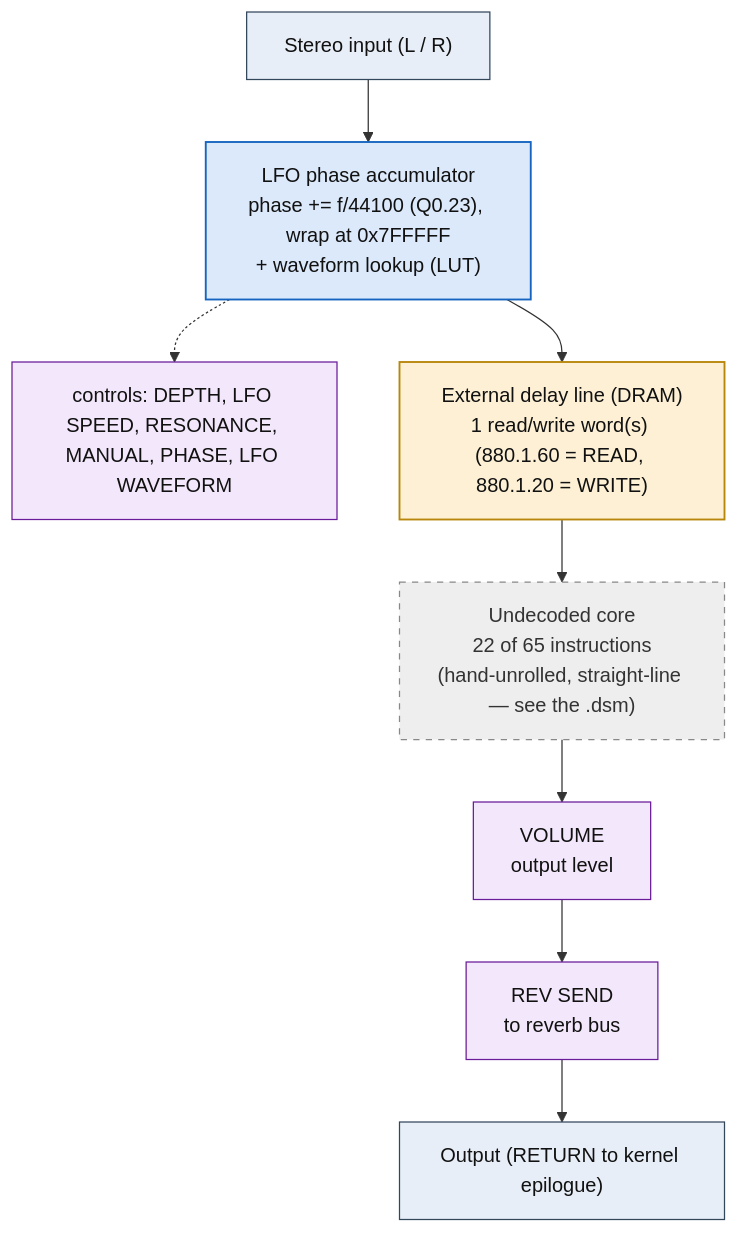
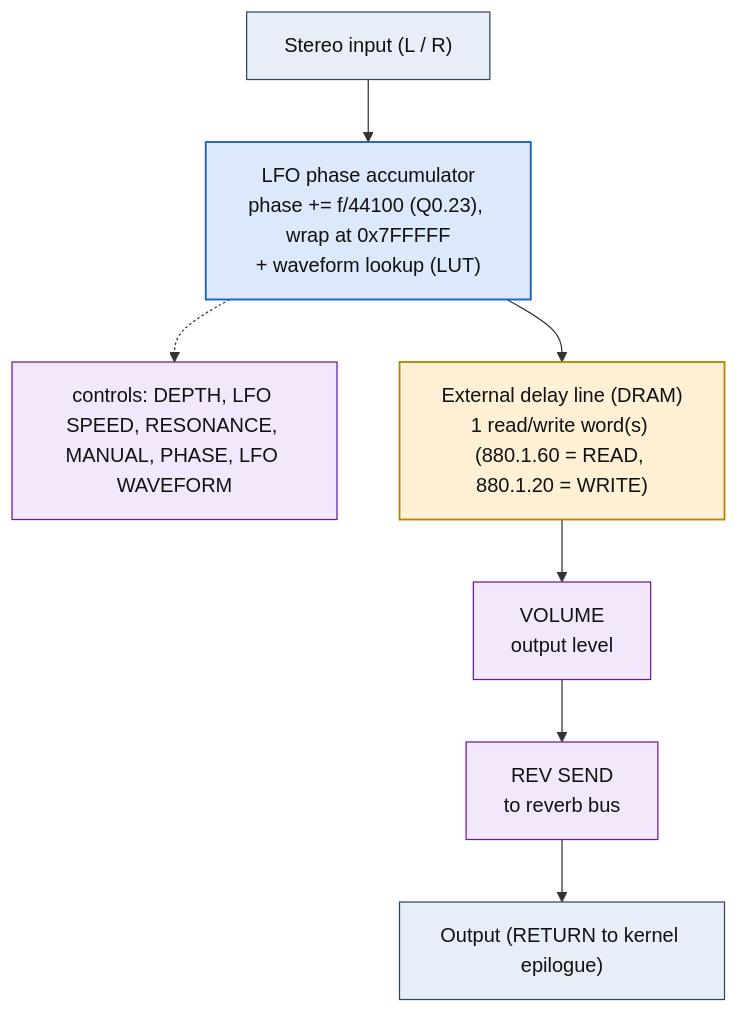
The diagram in dsp/flowcharts/prog04_flanger.md (ArqueologiaDigital/kn5000-roms-disasm), drawn with Mermaid before and after one commit. The commit also changed other lines of this file and 39 other files, not shown here.

First line of the commit message:
dsp: annotate all flowcharts with the classic effect topology each shape matches

````diff
--- a/dsp/flowcharts/prog04_flanger.md
+++ b/dsp/flowcharts/prog04_flanger.md
@@ -12,30 +12,27 @@
 ```mermaid
 flowchart TD
     N0["Stereo input (L / R)"]
     N1["LFO phase accumulator<br/>phase += f/44100 (Q0.23), wrap at 0x7FFFFF<br/>+ waveform lookup (LUT)"]
     N0 --> N1
     N2["controls: DEPTH, LFO SPEED, RESONANCE, MANUAL, PHASE, LFO WAVEFORM"]
     N1 -.-> N2
     N3["External delay line (DRAM)<br/>1 read/write word(s) (880.1.60 = READ, 880.1.20 = WRITE)"]
     N1 --> N3
-    N4["Undecoded core<br/>22 of 65 instructions<br/>(hand-unrolled, straight-line &mdash; see the .dsm)"]
+    N4["VOLUME<br/>output level"]
     N3 --> N4
-    N5["VOLUME<br/>output level"]
+    N5["REV SEND<br/>to reverb bus"]
     N4 --> N5
-    N6["REV SEND<br/>to reverb bus"]
+    N6["Output (RETURN to kernel epilogue)"]
     N5 --> N6
-    N7["Output (RETURN to kernel epilogue)"]
-    N6 --> N7
 
     classDef io fill:#e8eef7,stroke:#33475b,stroke-width:1px,color:#111;
     classDef proven fill:#d7f0d7,stroke:#2e7d32,stroke-width:2px,color:#111;
     classDef measured fill:#dbe9fb,stroke:#1565c0,stroke-width:1.5px,color:#111;
     classDef inferred fill:#fdf0d5,stroke:#b8860b,stroke-width:1.5px,color:#111;
     classDef open fill:#eeeeee,stroke:#888,stroke-width:1px,color:#333,stroke-dasharray:5 5;
     classDef ctrl fill:#f3e8fb,stroke:#6a1b9a,stroke-width:1px,color:#111;
-    class N0,N7 io;
+    class N0,N6 io;
     class N1 measured;
-    class N2,N5,N6 ctrl;
+    class N2,N4,N5 ctrl;
     class N3 inferred;
-    class N4 open;
 ```
````
